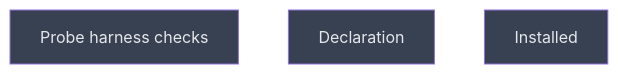
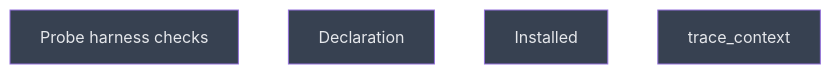
Before and after one commit to CrackingShells/Candler: the diagram in __roadmap__/m6_5-agent-config/README.md, drawn with Mermaid. The commit also changed other lines of this file and 8 other files, not shown here.

````diff
--- a/__roadmap__/m6_5-agent-config/README.md
+++ b/__roadmap__/m6_5-agent-config/README.md
@@ -21,11 +21,12 @@
 ```mermaid
 graph TD
     probe_harness_checks[Probe harness checks]:::planned
     declaration[Declaration]:::planned
     installed[Installed]:::planned
+    trace_context[trace_context]:::planned
     classDef done       fill:#166534,color:#bbf7d0
     classDef inprogress fill:#854d0e,color:#fef08a
     classDef planned    fill:#374151,color:#e5e7eb
     classDef amendment  fill:#1e3a5f,color:#bfdbfe
     classDef blocked    fill:#7f1d1d,color:#fecaca
 ```
````
